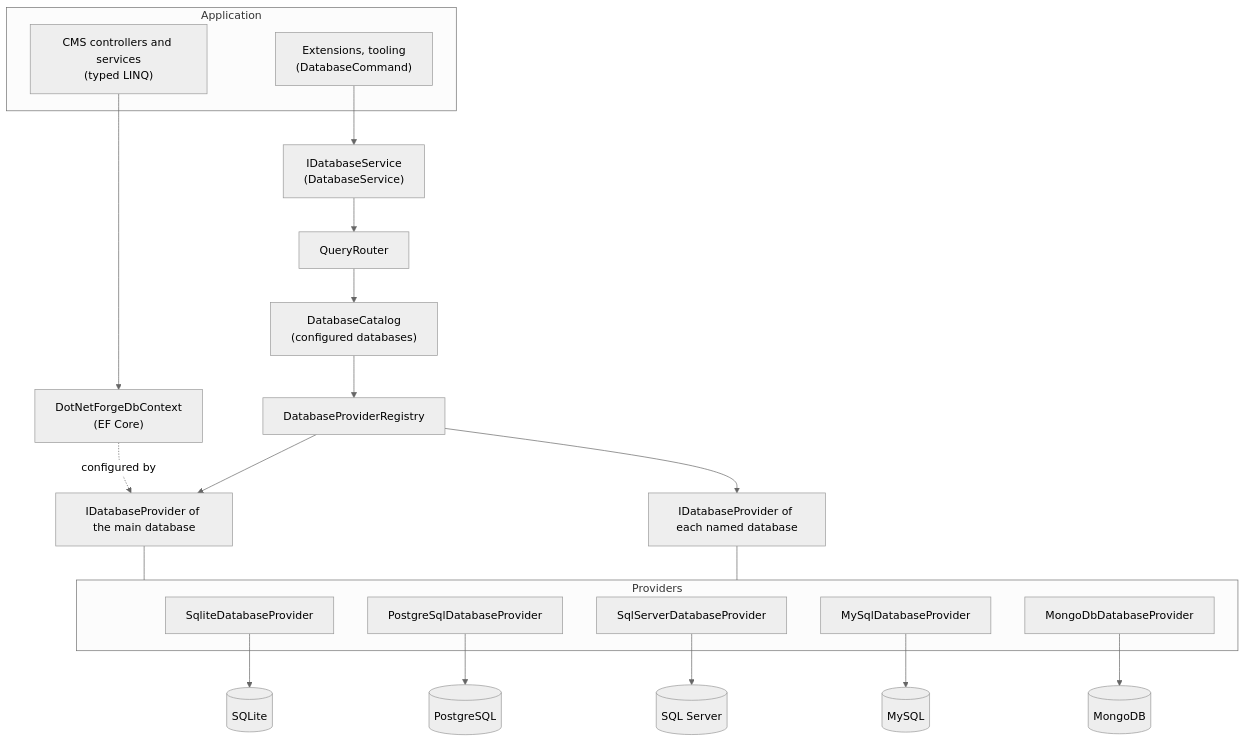
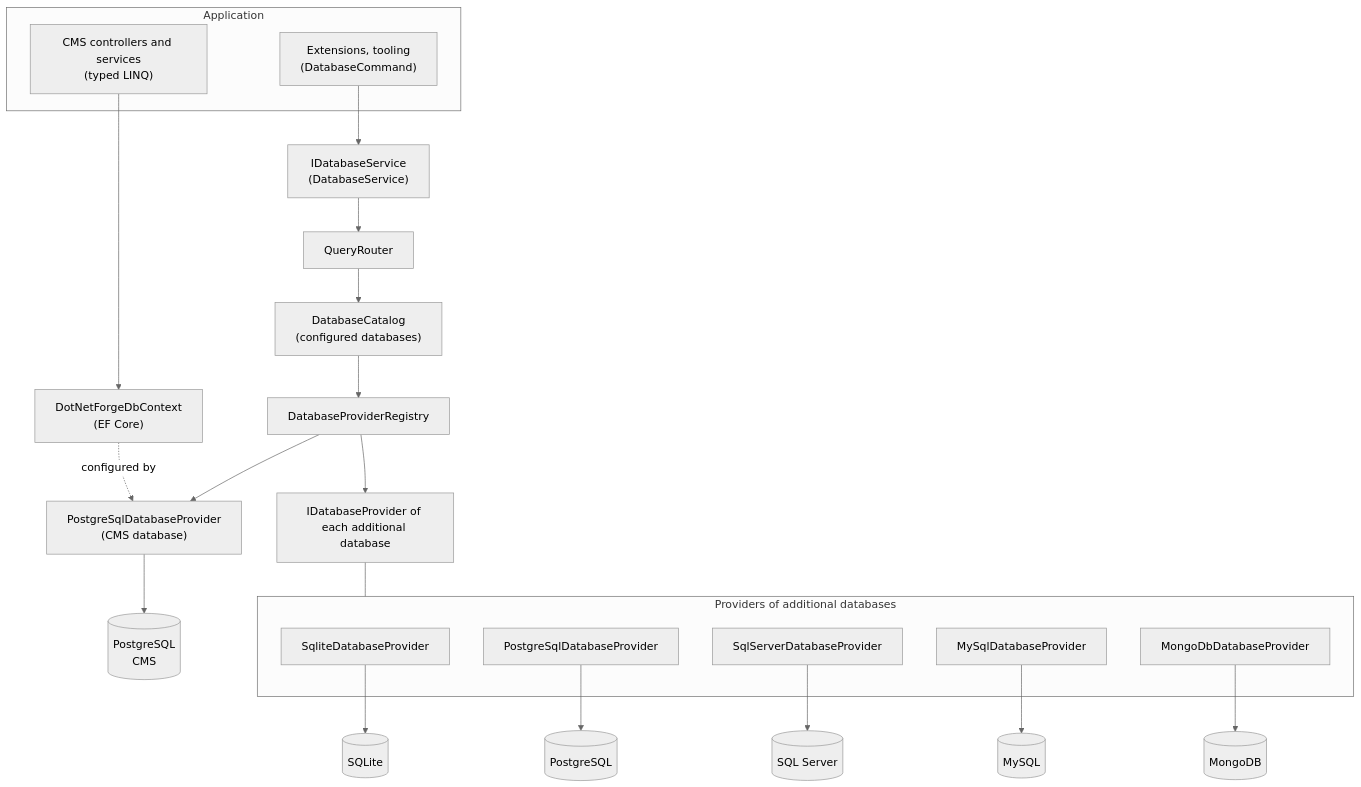
Before and after one commit to Albadit/DotNetForge: the first of 3 diagrams in .docs/database/architecture.md, drawn with Mermaid (neutral theme). The commit also changed other lines of this file and 303 other files, not shown here.

````diff
--- a/.docs/database/architecture.md
+++ b/.docs/database/architecture.md
@@ -23,29 +27,29 @@
 ```mermaid
 flowchart TB
     subgraph App["Application"]
         CMS["CMS controllers and services<br/>(typed LINQ)"]
         Ext["Extensions, tooling<br/>(DatabaseCommand)"]
     end
     CMS --> Ctx["DotNetForgeDbContext<br/>(EF Core)"]
     Ext --> Svc["IDatabaseService<br/>(DatabaseService)"]
     Svc --> Router["QueryRouter"]
     Router --> Catalog["DatabaseCatalog<br/>(configured databases)"]
     Catalog --> Registry["DatabaseProviderRegistry"]
-    Ctx -. "configured by" .-> Main
-    Registry --> Main["IDatabaseProvider of the main database"]
-    Registry --> Other["IDatabaseProvider of each named database"]
-    subgraph Providers
+    Ctx -. "configured by" .-> Pg
+    Registry --> Pg["PostgreSqlDatabaseProvider<br/>(CMS database)"]
+    Registry --> Other["IDatabaseProvider of each additional database"]
+    subgraph Providers["Providers of additional databases"]
         Sqlite["SqliteDatabaseProvider"]
-        Pg["PostgreSqlDatabaseProvider"]
+        Pg2["PostgreSqlDatabaseProvider"]
         Ss["SqlServerDatabaseProvider"]
         My["MySqlDatabaseProvider"]
         Mongo["MongoDbDatabaseProvider"]
     end
-    Main --- Providers
     Other --- Providers
+    Pg --> PgDb[("PostgreSQL<br/>CMS")]
     Sqlite --> SqliteDb[("SQLite")]
-    Pg --> PgDb[("PostgreSQL")]
+    Pg2 --> PgDb2[("PostgreSQL")]
     Ss --> SsDb[("SQL Server")]
     My --> MyDb[("MySQL")]
     Mongo --> MongoDb[("MongoDB")]
 ```
````
